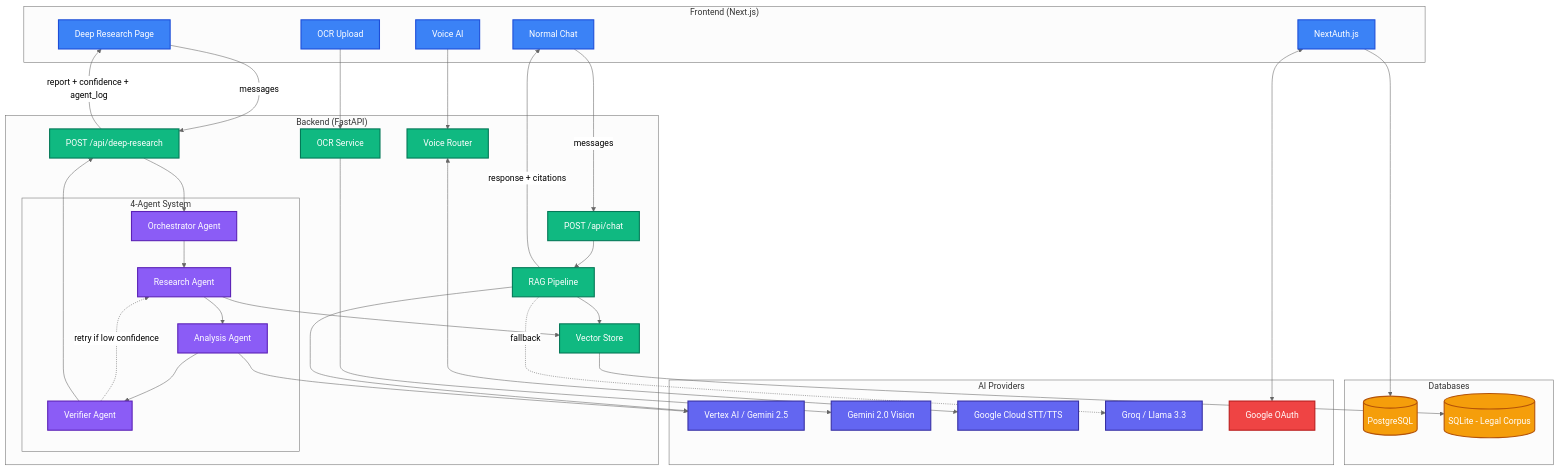
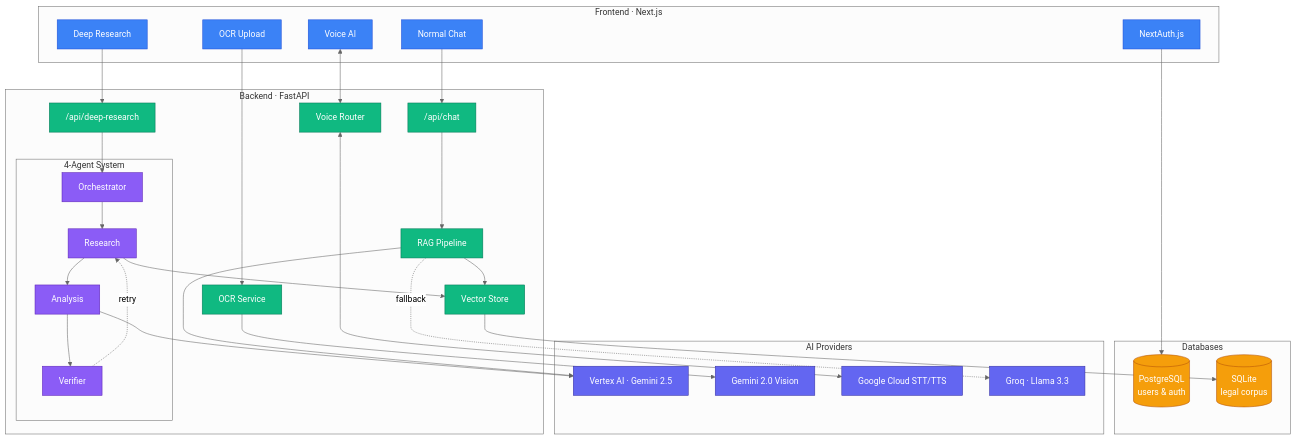
Before and after one commit to Neo-matrix-coder/Multimodal-AI: the second of 3 diagrams in README.md, drawn with Mermaid (neutral theme). The commit also changed other lines of this file, not shown here.

````diff
--- a/README.md
+++ b/README.md
@@ -166,75 +138,51 @@
 ```mermaid
 graph TD
-    classDef frontend fill:#3b82f6,stroke:#1d4ed8,stroke-width:2px,color:#fff;
-    classDef backend fill:#10b981,stroke:#047857,stroke-width:2px,color:#fff;
-    classDef agents fill:#8b5cf6,stroke:#5b21b6,stroke-width:2px,color:#fff;
-    classDef db fill:#f59e0b,stroke:#b45309,stroke-width:2px,color:#fff;
-    classDef llm fill:#6366f1,stroke:#3730a3,stroke-width:2px,color:#fff;
-    classDef external fill:#ef4444,stroke:#b91c1c,stroke-width:2px,color:#fff;
+    classDef fe fill:#3b82f6,stroke:#1d4ed8,color:#fff;
+    classDef be fill:#10b981,stroke:#047857,color:#fff;
+    classDef ag fill:#8b5cf6,stroke:#5b21b6,color:#fff;
+    classDef db fill:#f59e0b,stroke:#b45309,color:#fff;
+    classDef ai fill:#6366f1,stroke:#3730a3,color:#fff;
 
-    subgraph "Frontend (Next.js)"
-        UI[Normal Chat]:::frontend
-        DR[Deep Research Page]:::frontend
-        VoiceOrb[Voice AI]:::frontend
-        OCRUpload[OCR Upload]:::frontend
-        AuthClient[NextAuth.js]:::frontend
+    subgraph Frontend["Frontend · Next.js"]
+        UI[Normal Chat]:::fe
+        DR[Deep Research]:::fe
+        VO[Voice AI]:::fe
+        OC[OCR Upload]:::fe
+        AU[NextAuth.js]:::fe
     end
 
-    subgraph "Backend (FastAPI)"
-        ChatAPI[POST /api/chat]:::backend
-        DRAPI[POST /api/deep-research]:::backend
-        OCRService[OCR Service]:::backend
-        VoiceRouter[Voice Router]:::backend
-
-        subgraph "4-Agent System"
-            Orch[Orchestrator Agent]:::agents
-            Res[Research Agent]:::agents
-            Ana[Analysis Agent]:::agents
-            Ver[Verifier Agent]:::agents
+    subgraph Backend["Backend · FastAPI"]
+        CA["/api/chat"]:::be
+        DA["/api/deep-research"]:::be
+        OS[OCR Service]:::be
+        VR[Voice Router]:::be
+        RAG[RAG Pipeline]:::be
+        VS[Vector Store]:::be
+        subgraph Agents["4-Agent System"]
+            Or[Orchestrator]:::ag --> Re[Research]:::ag --> An[Analysis]:::ag --> Ve[Verifier]:::ag
         end
-
-        RAG[RAG Pipeline]:::backend
-        VectorStore[Vector Store]:::backend
     end
 
-    subgraph "Databases"
-        PG[(PostgreSQL)]:::db
-        SQLite[(SQLite - Legal Corpus)]:::db
+    subgraph Data["Databases"]
+        PG[(PostgreSQL<br/>users & auth)]:::db
+        SQ[(SQLite<br/>legal corpus)]:::db
     end
 
-    subgraph "AI Providers"
-        Vertex[Vertex AI / Gemini 2.5]:::llm
-        GemVision[Gemini 2.0 Vision]:::llm
-        GCPVoice[Google Cloud STT/TTS]:::llm
-        Groq[Groq / Llama 3.3]:::llm
-        OAuth[Google OAuth]:::external
+    subgraph AI["AI Providers"]
+        VX[Vertex AI · Gemini 2.5]:::ai
+        GV[Gemini 2.0 Vision]:::ai
+        GC[Google Cloud STT/TTS]:::ai
+        GQ[Groq · Llama 3.3]:::ai
     end
 
-    UI -->|messages| ChatAPI
-    DR -->|messages| DRAPI
-    VoiceOrb --> VoiceRouter
-    OCRUpload --> OCRService
-
-    ChatAPI --> RAG
-    RAG --> VectorStore
-    VectorStore --> SQLite
-    RAG --> Vertex
-    RAG -.->|fallback| Groq
-
-    DRAPI --> Orch
-    Orch --> Res
-    Res --> VectorStore
-    Res --> Ana
-    Ana --> Vertex
-    Ana --> Ver
-    Ver -.->|retry if low confidence| Res
-    Ver --> DRAPI
-
-    OCRService --> GemVision
-    VoiceRouter <--> GCPVoice
-    AuthClient <--> OAuth
-    AuthClient --> PG
-
-    RAG -->|response + citations| UI
-    DRAPI -->|report + confidence + agent_log| DR
+    UI --> CA --> RAG --> VS --> SQ
+    RAG --> VX
+    RAG -.fallback.-> GQ
+    DR --> DA --> Or
+    Re --> VS
+    An --> VX
+    Ve -.retry.-> Re
+    VO <--> VR <--> GC
+    OC --> OS --> GV
+    AU --> PG
 ```
````
